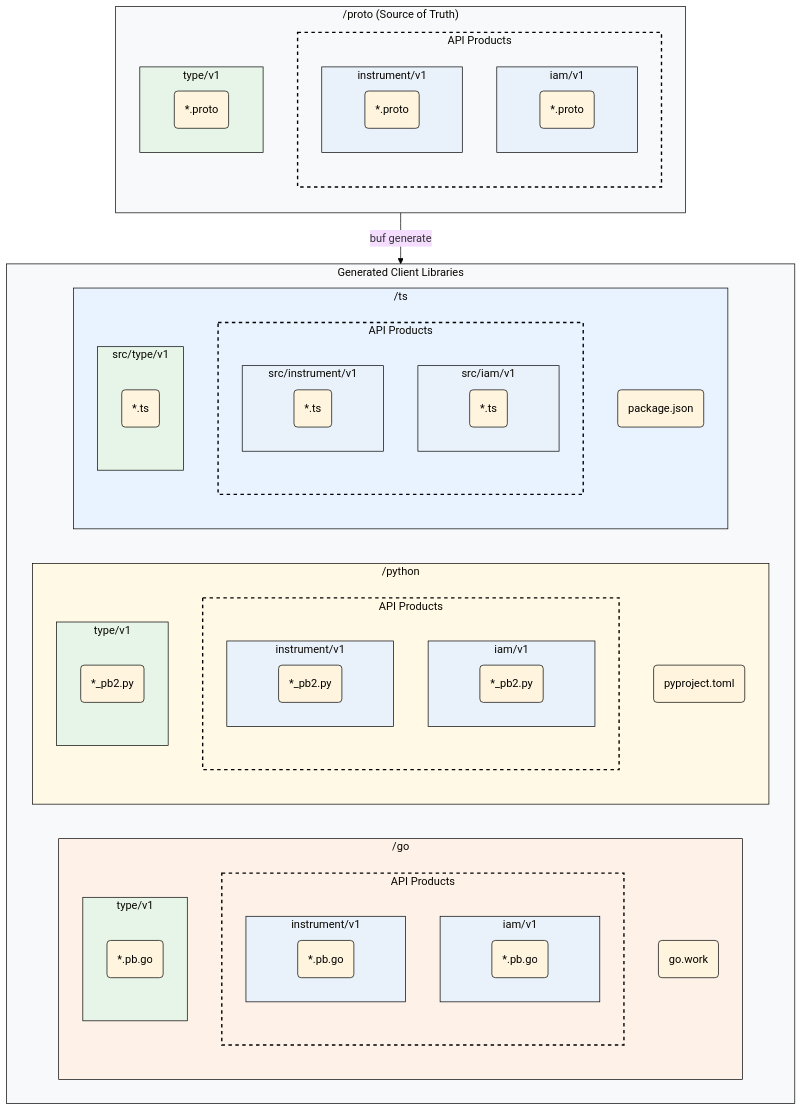
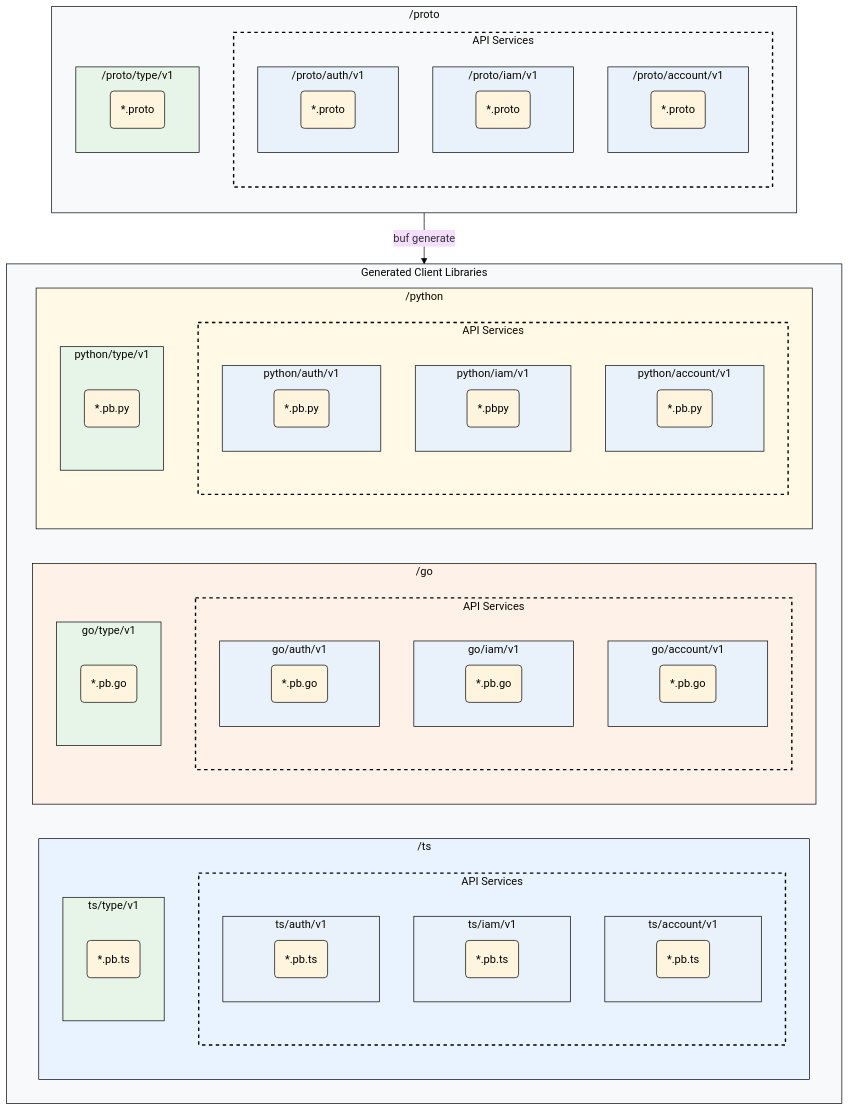
The diagram in README.md (meshtrade/api), drawn with Mermaid before and after one commit. The commit also changed other lines of this file, not shown here.

````diff
--- a/README.md
+++ b/README.md
@@ -27,73 +35,79 @@
 graph TD
 %% Main direction is Top Down for better vertical layout
 
-    subgraph proto ["/proto (Source of Truth)"]
+    subgraph proto ["/proto"]
         direction TB
-        subgraph p_api_products ["API Products"]
+        subgraph p_api_services ["API Services"]
              direction TB
-             subgraph p_iam ["iam/v1"]
+            subgraph p_account ["/proto/account/v1"]
+                p_account_files("*.proto")
+            end
+             subgraph p_iam ["/proto/iam/v1"]
                 p_iam_files("*.proto")
             end
-            subgraph p_instrument ["instrument/v1"]
-                p_instrument_files("*.proto")
+            subgraph p_auth ["/proto/auth/v1"]
+                p_auth_files("*.proto")
             end
         end
-        subgraph p_type ["type/v1"]
+        subgraph p_type ["/proto/type/v1"]
             p_type_files("*.proto")
         end
     end
 
     subgraph generated_code ["Generated Client Libraries"]
-        direction LR %% Arrange language blocks side-by-side
-        
+        direction LR
+        subgraph ts ["/ts"]
+            direction TB
+            subgraph ts_api_services ["API Services"]
+                direction TB
+                subgraph ts_account ["ts/account/v1"]
+                    ts_account_files("*.pb.ts")
+                end
+                subgraph ts_iam ["ts/iam/v1"]
+                    ts_iam_files("*.pb.ts")
+                end
+                subgraph ts_auth ["ts/auth/v1"]
+                    ts_auth_files("*.pb.ts")
+                end
+            end
+            subgraph ts_type ["ts/type/v1"]
+                ts_type_files("*.pb.ts")
+            end
+        end
         subgraph go ["/go"]
             direction TB
-            go_workspace("go.work")
-            subgraph go_api_products ["API Products"]
+            subgraph go_api_services ["API Services"]
                 direction TB
-                subgraph go_iam ["iam/v1"]
+                subgraph go_account ["go/account/v1"]
+                    go_account_files("*.pb.go")
+                end
+                subgraph go_iam ["go/iam/v1"]
                     go_iam_files("*.pb.go")
                 end
-                subgraph go_instrument ["instrument/v1"]
-                    go_instrument_files("*.pb.go")
+                subgraph go_auth ["go/auth/v1"]
+                    go_auth_files("*.pb.go")
                 end
             end
-            subgraph go_type ["type/v1"]
+            subgraph go_type ["go/type/v1"]
                 go_type_files("*.pb.go")
             end
         end
-
         subgraph python ["/python"]
             direction TB
-            py_mod("pyproject.toml")
-             subgraph py_api_products ["API Products"]
+            subgraph python_api_services ["API Services"]
                 direction TB
-                subgraph py_iam ["iam/v1"]
-                    py_iam_files("*_pb2.py")
+                subgraph python_account ["python/account/v1"]
+                    python_account_files("*.pb.py")
                 end
-                subgraph py_instrument ["instrument/v1"]
-                    py_instrument_files("*_pb2.py")
+                subgraph python_iam ["python/iam/v1"]
+                    python_iam_files("*.pbpy")
+                end
+                subgraph python_auth ["python/auth/v1"]
+                    python_auth_files("*.pb.py")
                 end
             end
-            subgraph py_type ["type/v1"]
-                py_type_files("*_pb2.py")
-            end
-        end
-
-        subgraph ts ["/ts"]
-            direction TB
-            ts_mod("package.json")
-            subgraph ts_api_products ["API Products"]
-                direction TB
-                subgraph ts_iam ["src/iam/v1"]
-                    ts_iam_files("*.ts")
-                end
-                subgraph ts_instrument ["src/instrument/v1"]
-                    ts_instrument_files("*.ts")
-                end
-            end
-            subgraph ts_type ["src/type/v1"]
-                ts_type_files("*.ts")
+            subgraph python_type ["python/type/v1"]
+                python_type_files("*.pb.py")
             end
         end
     end
@@ -107,20 +121,27 @@
     style proto fill:#f8f9fa,stroke:#000
     style generated_code fill:#f8f9fa,stroke:#000
 
-    %% API Product Modules
+    %% API Service Modules
+    style p_auth fill:#e9f2fa,stroke:#000
     style p_iam fill:#e9f2fa,stroke:#000
-    style p_instrument fill:#e9f2fa,stroke:#000
+    style p_account fill:#e9f2fa,stroke:#000
+
+    style go_auth fill:#e9f2fa,stroke:#000
     style go_iam fill:#e9f2fa,stroke:#000
-    style go_instrument fill:#e9f2fa,stroke:#000
-    style py_iam fill:#e9f2fa,stroke:#000
-    style py_instrument fill:#e9f2fa,stroke:#000
+    style go_account fill:#e9f2fa,stroke:#000
+
+    style python_auth fill:#e9f2fa,stroke:#000
+    style python_iam fill:#e9f2fa,stroke:#000
+    style python_account fill:#e9f2fa,stroke:#000
+
+    style ts_auth fill:#e9f2fa,stroke:#000
     style ts_iam fill:#e9f2fa,stroke:#000
-    style ts_instrument fill:#e9f2fa,stroke:#000
+    style ts_account fill:#e9f2fa,stroke:#000
 
     %% Shared Type Modules
     style p_type fill:#e7f5e8,stroke:#000
     style go_type fill:#e7f5e8,stroke:#000
-    style py_type fill:#e7f5e8,stroke:#000
+    style python_type fill:#e7f5e8,stroke:#000
     style ts_type fill:#e7f5e8,stroke:#000
 
     %% Language-specific containers
@@ -128,9 +149,9 @@
     style python fill:#fff9e6,stroke:#000
     style ts fill:#e8f3ff,stroke:#000
 
-    %% Dotted line block for API Products
-    style p_api_products fill:none,stroke:#000,stroke-width:2px,stroke-dasharray: 5 5
-    style go_api_products fill:none,stroke:#000,stroke-width:2px,stroke-dasharray: 5 5
-    style py_api_products fill:none,stroke:#000,stroke-width:2px,stroke-dasharray: 5 5
-    style ts_api_products fill:none,stroke:#000,stroke-width:2px,stroke-dasharray: 5 5
+    %% Dotted line block for API Services
+    style p_api_services fill:none,stroke:#000,stroke-width:2px,stroke-dasharray: 5 5
+    style go_api_services fill:none,stroke:#000,stroke-width:2px,stroke-dasharray: 5 5
+    style python_api_services fill:none,stroke:#000,stroke-width:2px,stroke-dasharray: 5 5
+    style ts_api_services fill:none,stroke:#000,stroke-width:2px,stroke-dasharray: 5 5
 ```
````
